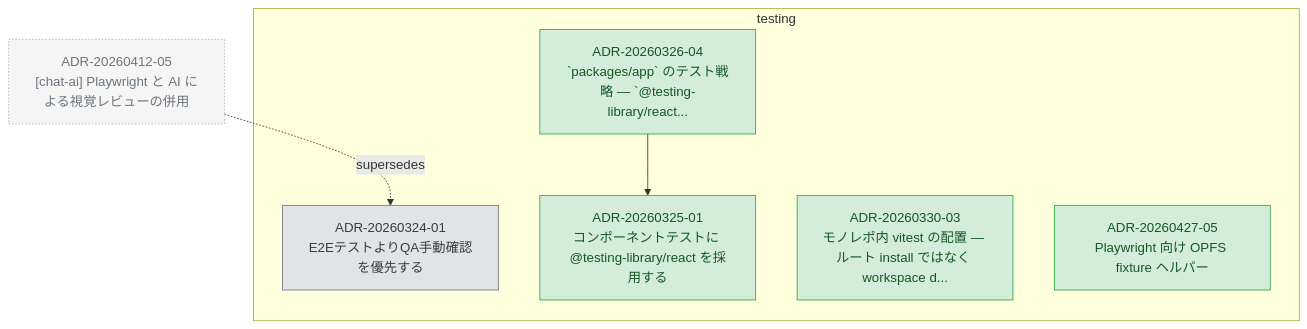
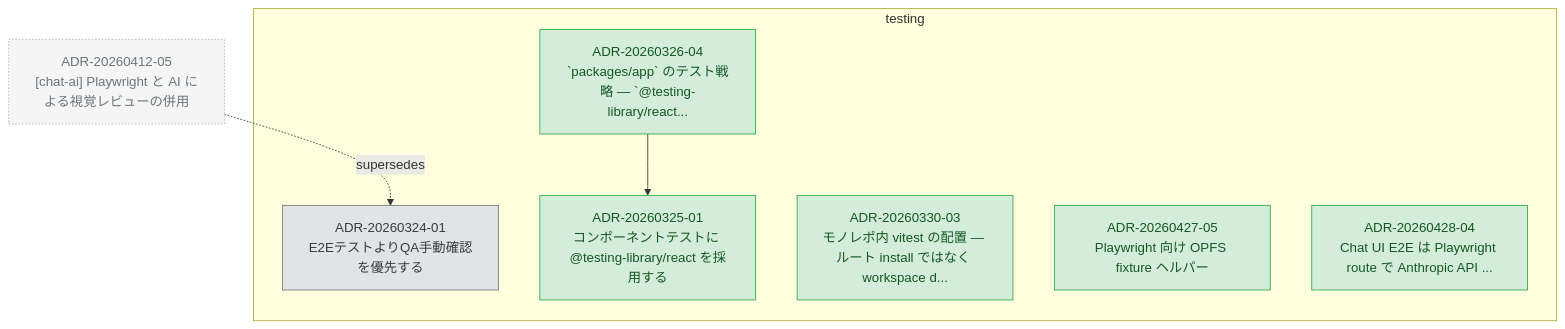
The diagram in docs/adr/graph/testing.md (kompiro/karasu), drawn with Mermaid before and after one commit. The commit also changed other lines of this file and 4 other files, not shown here.

First line of the commit message:
docs(adr): promote chat anthropic mock fixture design to ADR-20260428-04

````diff
--- a/docs/adr/graph/testing.md
+++ b/docs/adr/graph/testing.md
@@ -6,26 +6,28 @@
 ```mermaid
 flowchart TD
   subgraph testing["testing"]
     ADR_20260324_01["ADR-20260324-01<br/>E2EテストよりQA手動確認を優先する"]
     ADR_20260325_01["ADR-20260325-01<br/>コンポーネントテストに @testing-library/react を採用する"]
     ADR_20260326_04["ADR-20260326-04<br/>`packages/app` のテスト戦略 — `@testing-library/react..."]
     ADR_20260330_03["ADR-20260330-03<br/>モノレポ内 vitest の配置 — ルート install ではなく workspace d..."]
     ADR_20260427_05["ADR-20260427-05<br/>Playwright 向け OPFS fixture ヘルパー"]
+    ADR_20260428_04["ADR-20260428-04<br/>Chat UI E2E は Playwright route で Anthropic API ..."]
   end
   ADR_20260412_05["ADR-20260412-05<br/>[chat-ai] Playwright と AI による視覚レビューの併用"]
   ADR_20260326_04 --> ADR_20260325_01
   ADR_20260412_05 -.supersedes.-> ADR_20260324_01
 
   classDef accepted fill:#d4edda,stroke:#28a745,color:#155724
   classDef proposed fill:#fff3cd,stroke:#ffc107,color:#856404
   classDef deprecated fill:#f8d7da,stroke:#dc3545,color:#721c24
   classDef superseded fill:#e2e3e5,stroke:#6c757d,color:#383d41
   classDef not_adopted fill:#e2e3e5,stroke:#6c757d,color:#383d41,stroke-dasharray:3 3
   classDef ghost fill:#f5f5f5,stroke:#adb5bd,color:#6c757d,stroke-dasharray:2 2
   class ADR_20260324_01 superseded
   class ADR_20260325_01 accepted
   class ADR_20260326_04 accepted
   class ADR_20260330_03 accepted
   class ADR_20260427_05 accepted
+  class ADR_20260428_04 accepted
   class ADR_20260412_05 ghost
 ```
````
